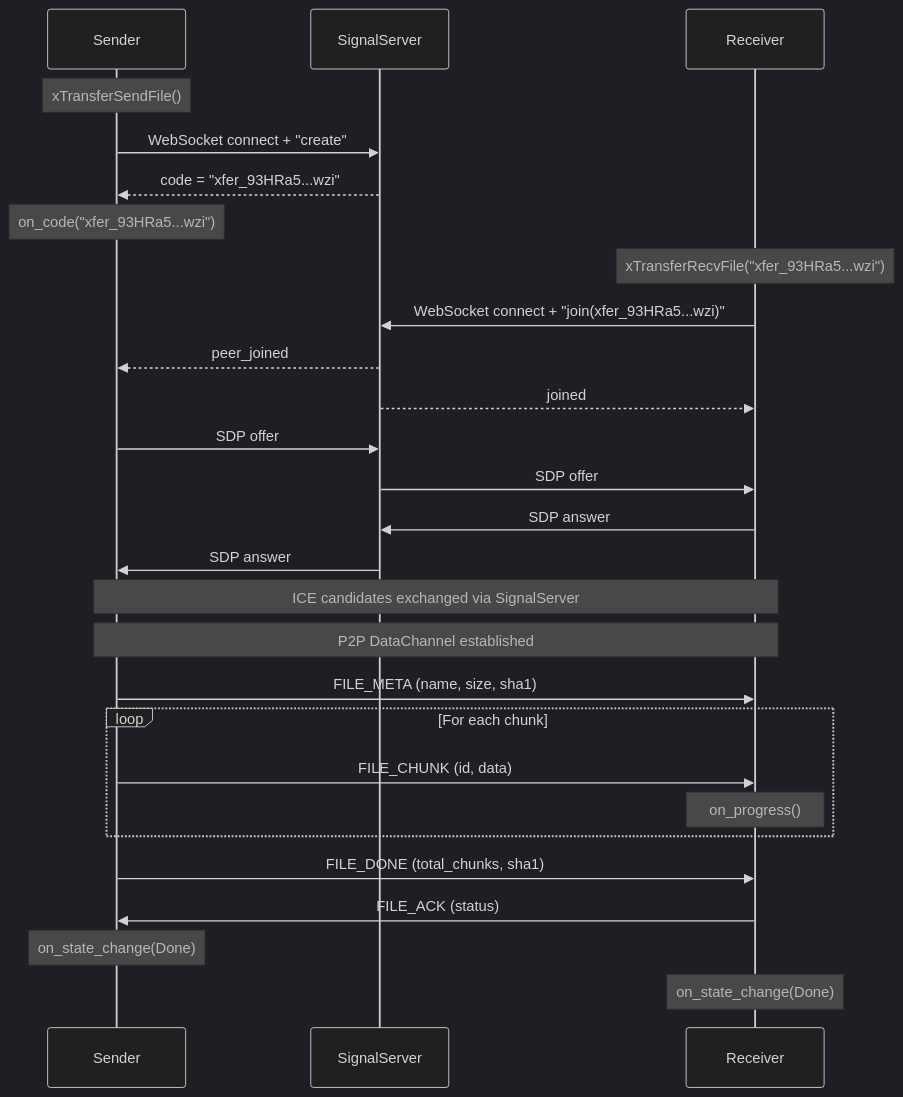
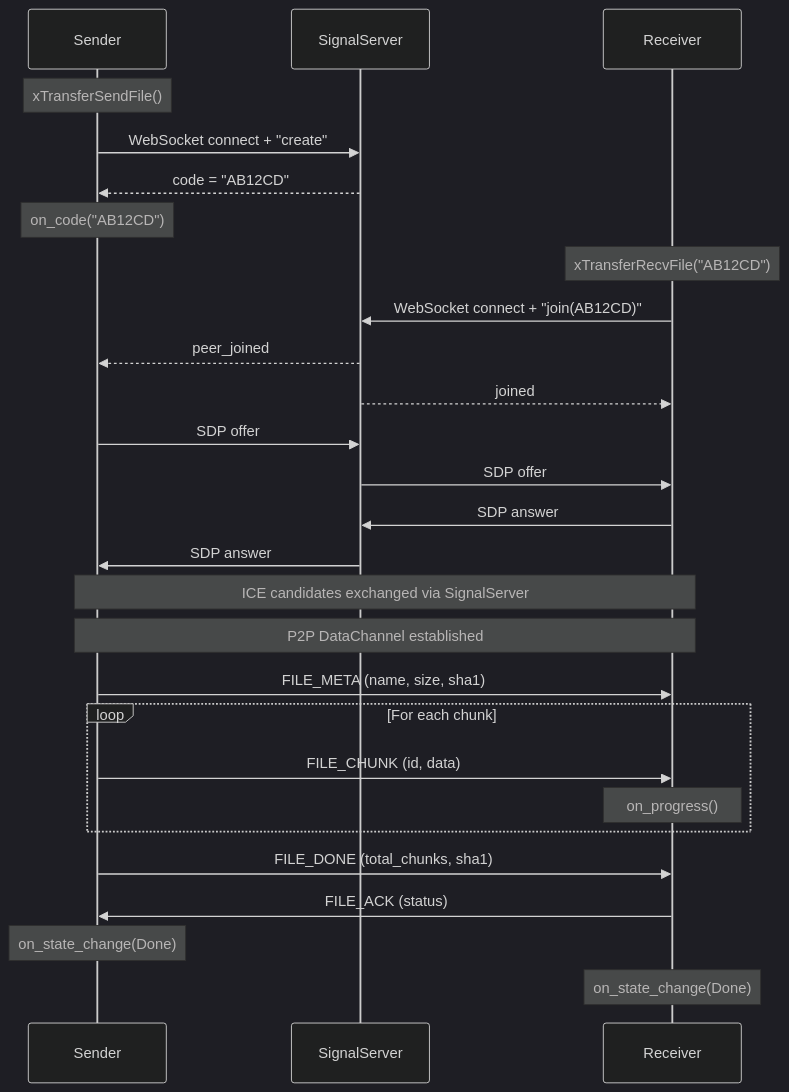
One commit to mivinci/DownloadKit changed the second of 3 diagrams in docs/modules/xfer/README.md. Above: the diagram before and after it, drawn with Mermaid (dark theme). The commit also changed other lines of this file, not shown here.

First line of the commit message:
docs: update xfer README for plain session code

````diff
--- a/docs/modules/xfer/README.md
+++ b/docs/modules/xfer/README.md
@@ -70,35 +70,35 @@
 ```mermaid
 sequenceDiagram
     participant Sender
     participant SignalServer
     participant Receiver
 
     Note over Sender: xTransferSendFile()
     Sender->>SignalServer: WebSocket connect + "create"
-    SignalServer-->>Sender: code = "xfer_93HRa5...wzi"
-    Note over Sender: on_code("xfer_93HRa5...wzi")
+    SignalServer-->>Sender: code = "AB12CD"
+    Note over Sender: on_code("AB12CD")
 
-    Note over Receiver: xTransferRecvFile("xfer_93HRa5...wzi")
-    Receiver->>SignalServer: WebSocket connect + "join(xfer_93HRa5...wzi)"
+    Note over Receiver: xTransferRecvFile("AB12CD")
+    Receiver->>SignalServer: WebSocket connect + "join(AB12CD)"
     SignalServer-->>Sender: peer_joined
     SignalServer-->>Receiver: joined
 
     Sender->>SignalServer: SDP offer
     SignalServer->>Receiver: SDP offer
     Receiver->>SignalServer: SDP answer
     SignalServer->>Sender: SDP answer
 
     Note over Sender,Receiver: ICE candidates exchanged via SignalServer
 
     Note over Sender,Receiver: P2P DataChannel established
 
     Sender->>Receiver: FILE_META (name, size, sha1)
     loop For each chunk
         Sender->>Receiver: FILE_CHUNK (id, data)
         Note over Receiver: on_progress()
     end
     Sender->>Receiver: FILE_DONE (total_chunks, sha1)
     Receiver->>Sender: FILE_ACK (status)
     Note over Sender: on_state_change(Done)
     Note over Receiver: on_state_change(Done)
 ```
````
